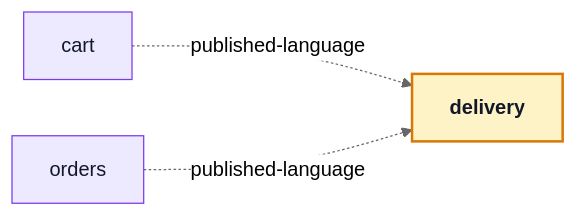
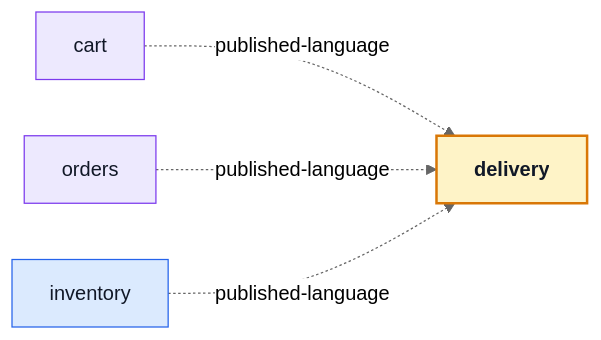
Before and after one commit to Guebbit/boilerplate-vue-frontend: the first of 3 diagrams in docs/modules/delivery.md, drawn with Mermaid (neutral theme). The commit also changed other lines of this file and 28 other files, not shown here.

````diff
--- a/docs/modules/delivery.md
+++ b/docs/modules/delivery.md
@@ -24,13 +24,15 @@
 ```mermaid
 %%{init: {'flowchart': {'nodeSpacing': 45, 'rankSpacing': 75}}}%%
 flowchart LR
     cart["cart"] -.->|"published-language"| delivery["<b>delivery</b>"]
     orders["orders"] -.->|"published-language"| delivery["<b>delivery</b>"]
+    inventory["inventory"] -.->|"published-language"| delivery["<b>delivery</b>"]
 
     classDef core fill:#ede9fe,stroke:#7c3aed,color:#111827;
     classDef supporting fill:#dbeafe,stroke:#2563eb,color:#111827;
     classDef generic fill:#ccfbf1,stroke:#0f766e,color:#111827;
     classDef self fill:#fef3c7,stroke:#d97706,color:#111827,stroke-width:2px;
     class cart,orders core;
+    class inventory supporting;
     class delivery self;
 ```
````
